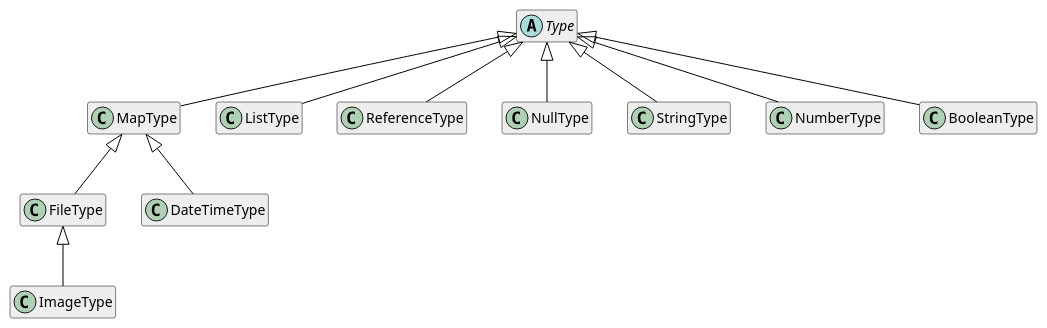
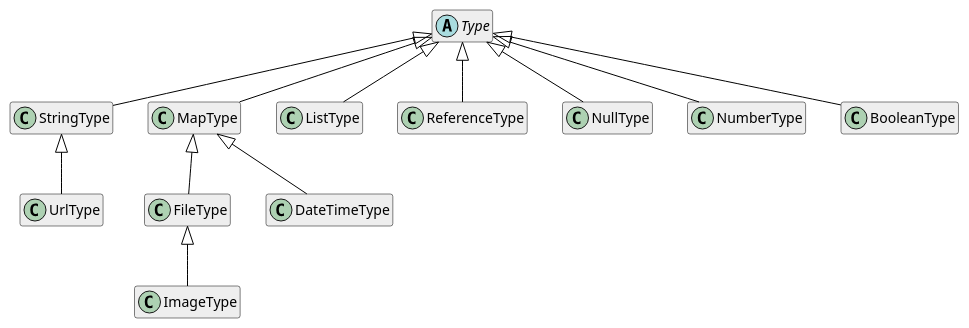
Before and after one commit to blackfennec-org/blackfennec: the diagram in docs/source/development/domain/type_system/type_system_hierarchy.puml, drawn with PlantUML. The commit also changed 45 other files, not shown here.

```diff
--- a/docs/source/development/domain/type_system/type_system_hierarchy.puml
+++ b/docs/source/development/domain/type_system/type_system_hierarchy.puml
@@ -1,39 +1,40 @@
 @startuml type system hierarchy
 
 hide members
 hide methods
 
 skinparam class {
     BackgroundColor #EEE
     ArrowColor Black
     BorderColor Black
 }
 
 abstract class Type
 
 class MapType
 class ListType
 class ReferenceType
 class NullType
 class StringType
 class NumberType
 class BooleanType
 
 MapType         -up-|> Type
 ListType        -up-|> Type
 ReferenceType   -up-|> Type
 NullType        -up-|> Type
 StringType      -up-|> Type
 NumberType      -up-|> Type
 BooleanType     -up-|> Type
 
 class FileType
 class ImageType
 class DateTimeType
 
 FileType -up-|> MapType
 ImageType -up-|> FileType
 DateTimeType -up-|> MapType
+UrlType -up-|> StringType
 
 
 @enduml
```
